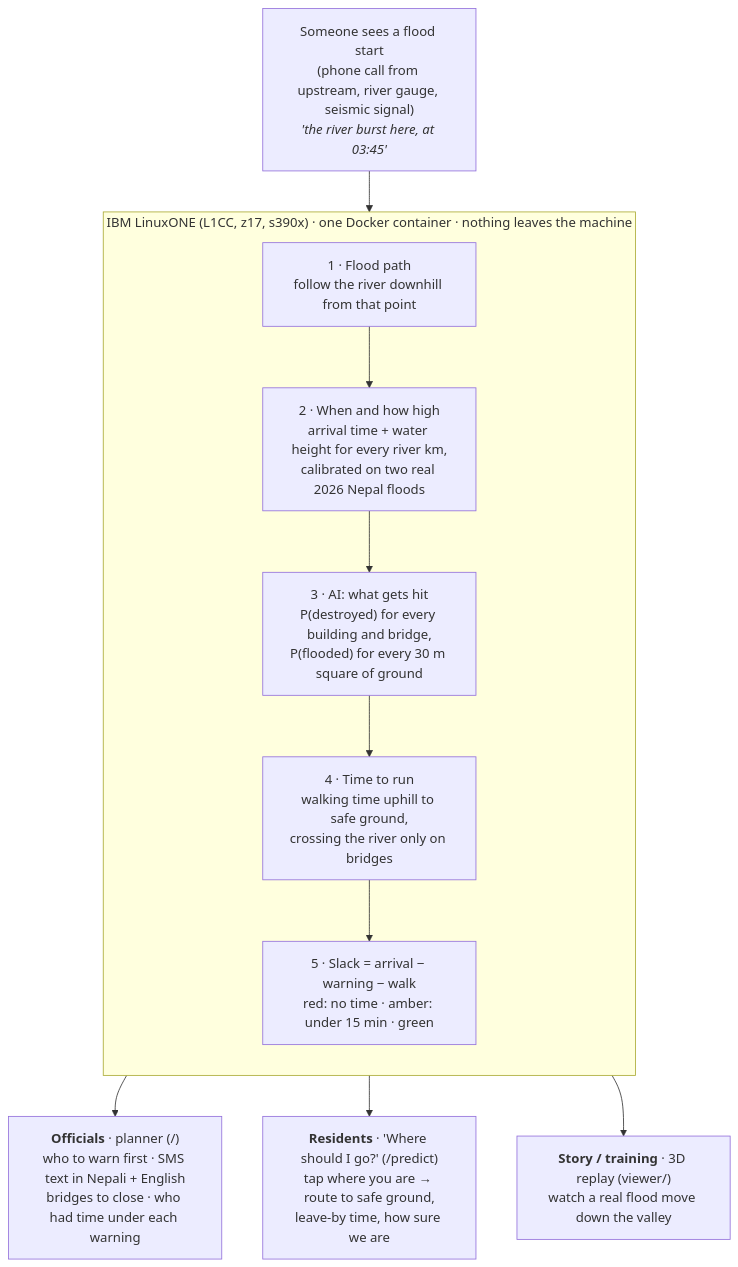
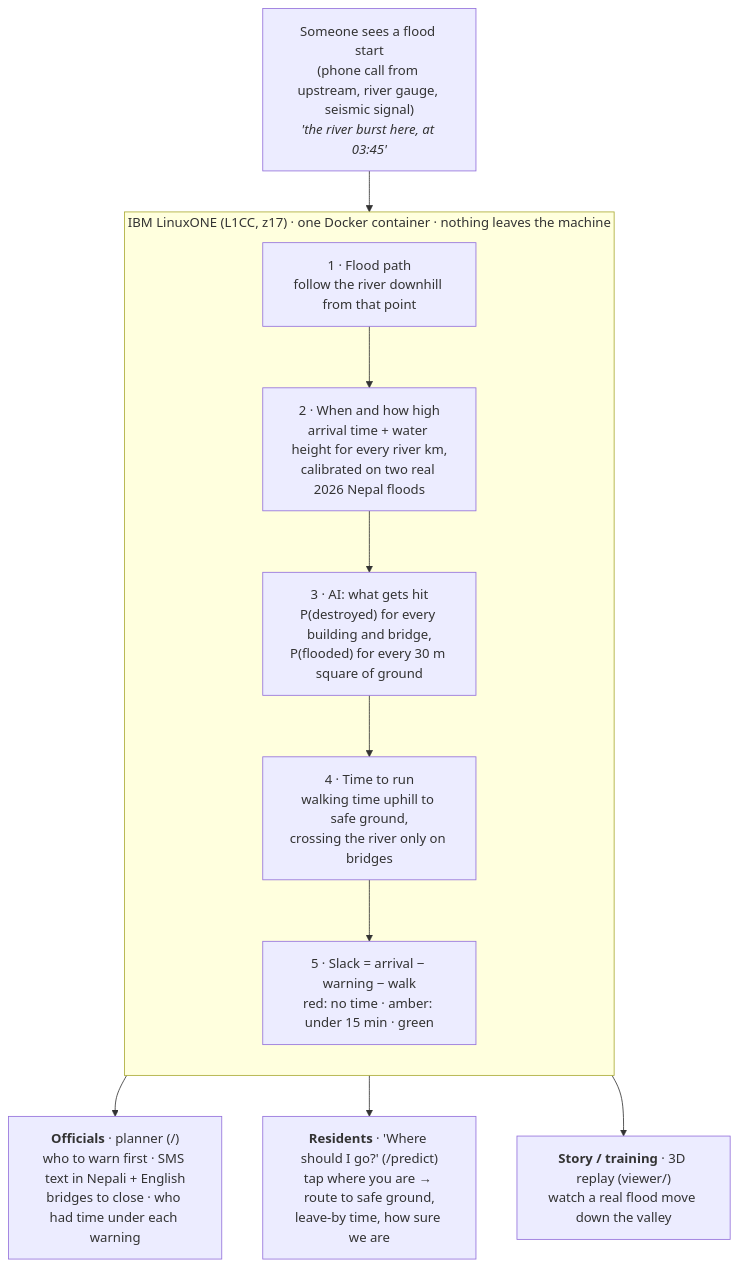
Before and after one commit to larubiano0/evac-ai: the diagram in README.md, drawn with Mermaid. The commit also changed other lines of this file and 7 other files, not shown here.

````diff
--- a/README.md
+++ b/README.md
@@ -68,19 +66,19 @@
 ```mermaid
 flowchart TB
   SEE["Someone sees a flood start<br/>(phone call from upstream, river gauge, seismic signal)<br/><i>'the river burst here, at 03:45'</i>"]
 
-  subgraph Z["IBM LinuxONE (L1CC, z17, s390x) · one Docker container · nothing leaves the machine"]
+  subgraph Z["IBM LinuxONE (L1CC, z17) · one Docker container · nothing leaves the machine"]
     direction TB
     P1["1 · Flood path<br/>follow the river downhill from that point"]
     P2["2 · When and how high<br/>arrival time + water height for every river km,<br/>calibrated on two real 2026 Nepal floods"]
     P3["3 · AI: what gets hit<br/>P(destroyed) for every building and bridge,<br/>P(flooded) for every 30 m square of ground"]
     P4["4 · Time to run<br/>walking time uphill to safe ground,<br/>crossing the river only on bridges"]
     P5["5 · Slack = arrival − warning − walk<br/>red: no time · amber: under 15 min · green"]
     P1 --> P2 --> P3 --> P4 --> P5
   end
 
   SEE --> P1
   P5 --> OFF["<b>Officials</b> · planner (/)<br/>who to warn first · SMS text in Nepali + English<br/>bridges to close · who had time under each warning"]
   P5 --> RES["<b>Residents</b> · 'Where should I go?' (/predict)<br/>tap where you are → route to safe ground,<br/>leave-by time, how sure we are"]
   P5 --> REP["<b>Story / training</b> · 3D replay (viewer/)<br/>watch a real flood move down the valley"]
 ```
````
